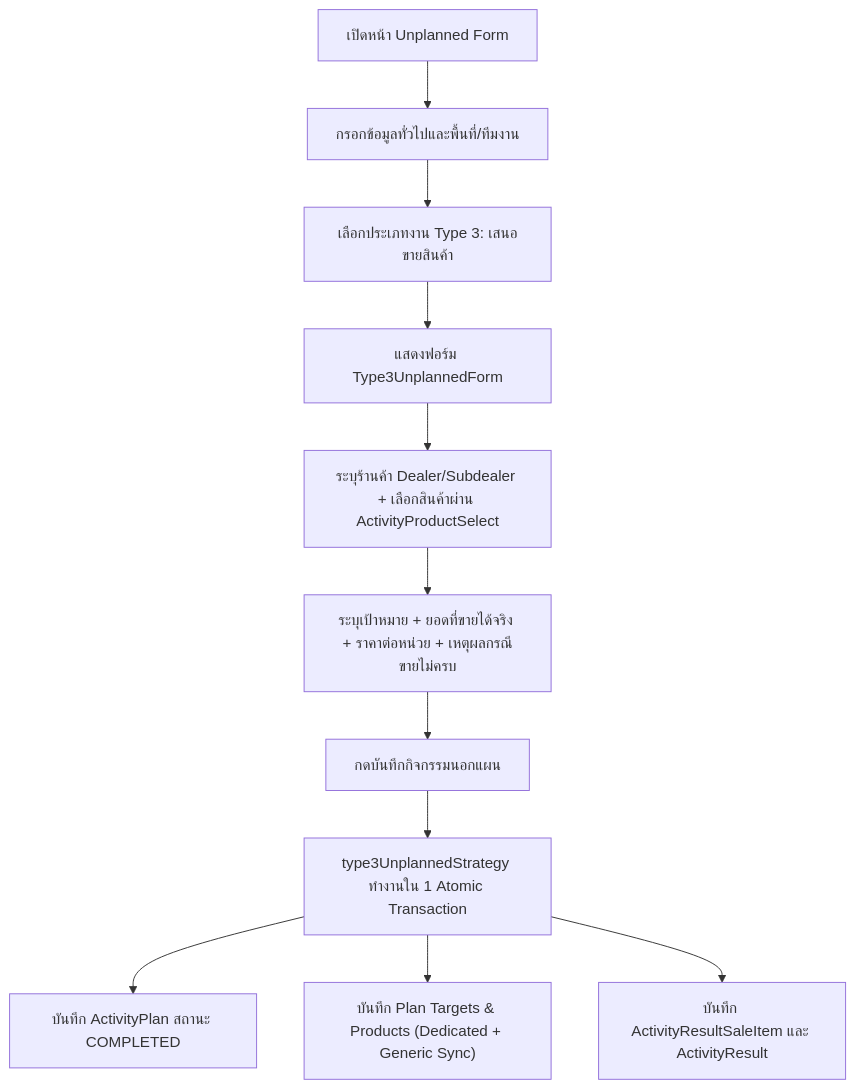
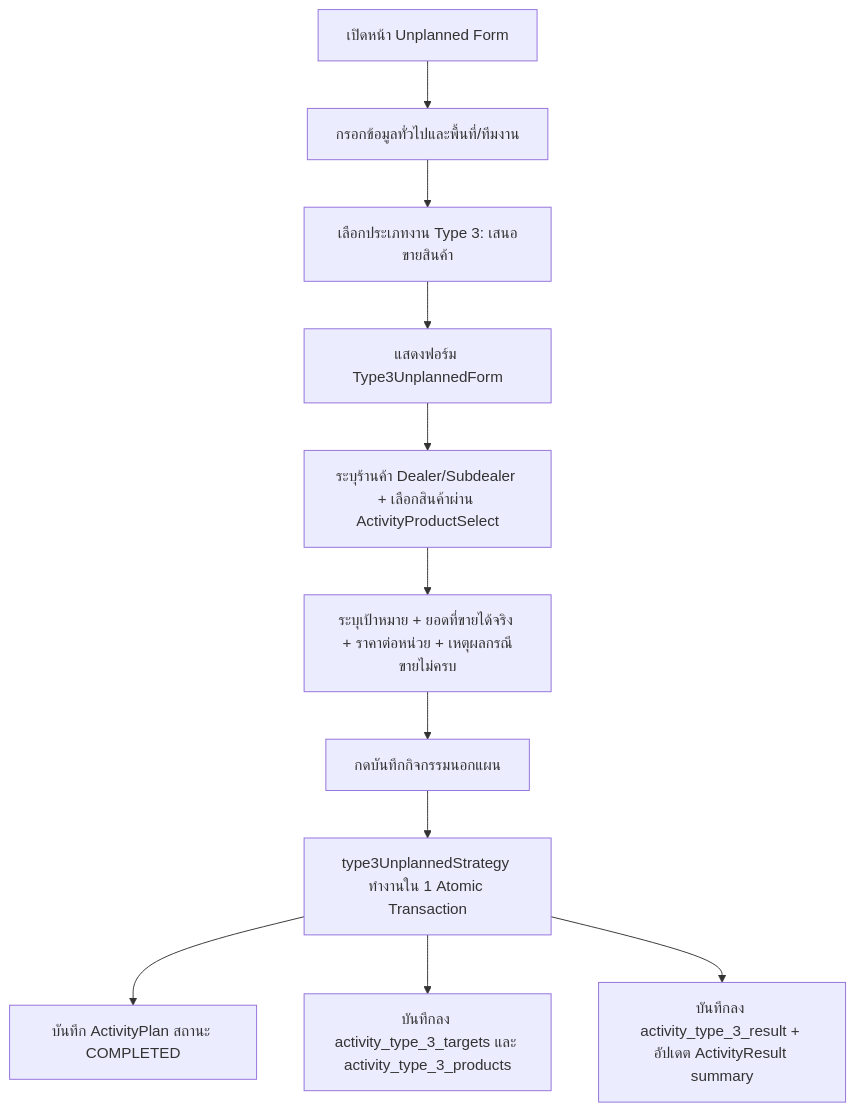
The third of 3 diagrams in modules/activity/features/type-3/README.md (bankhk10/crm-bank), drawn with Mermaid before and after one commit. The commit also changed other lines of this file and 19 other files, not shown here.

````diff
--- a/modules/activity/features/type-3/README.md
+++ b/modules/activity/features/type-3/README.md
@@ -81,13 +83,13 @@
 ```mermaid
 graph TD
     A["เปิดหน้า Unplanned Form"] --> B["กรอกข้อมูลทั่วไปและพื้นที่/ทีมงาน"]
     B --> C["เลือกประเภทงาน Type 3: เสนอขายสินค้า"]
     C --> D["แสดงฟอร์ม Type3UnplannedForm"]
     D --> E["ระบุร้านค้า Dealer/Subdealer + เลือกสินค้าผ่าน ActivityProductSelect"]
     E --> F["ระบุเป้าหมาย + ยอดที่ขายได้จริง + ราคาต่อหน่วย + เหตุผลกรณีขายไม่ครบ"]
     F --> G["กดบันทึกกิจกรรมนอกแผน"]
     G --> H["type3UnplannedStrategy ทำงานใน 1 Atomic Transaction"]
     H --> I["บันทึก ActivityPlan สถานะ COMPLETED"]
-    H --> J["บันทึก Plan Targets & Products (Dedicated + Generic Sync)"]
-    H --> K["บันทึก ActivityResultSaleItem และ ActivityResult"]
+    H --> J["บันทึกลง activity_type_3_targets และ activity_type_3_products"]
+    H --> K["บันทึกลง activity_type_3_result + อัปเดต ActivityResult summary"]
 ```
````
